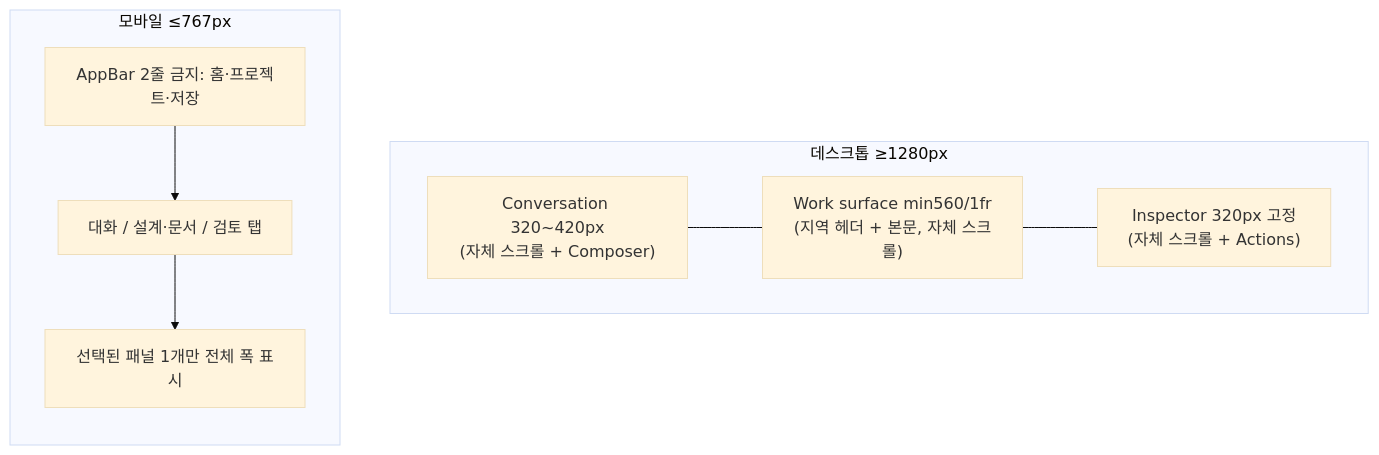
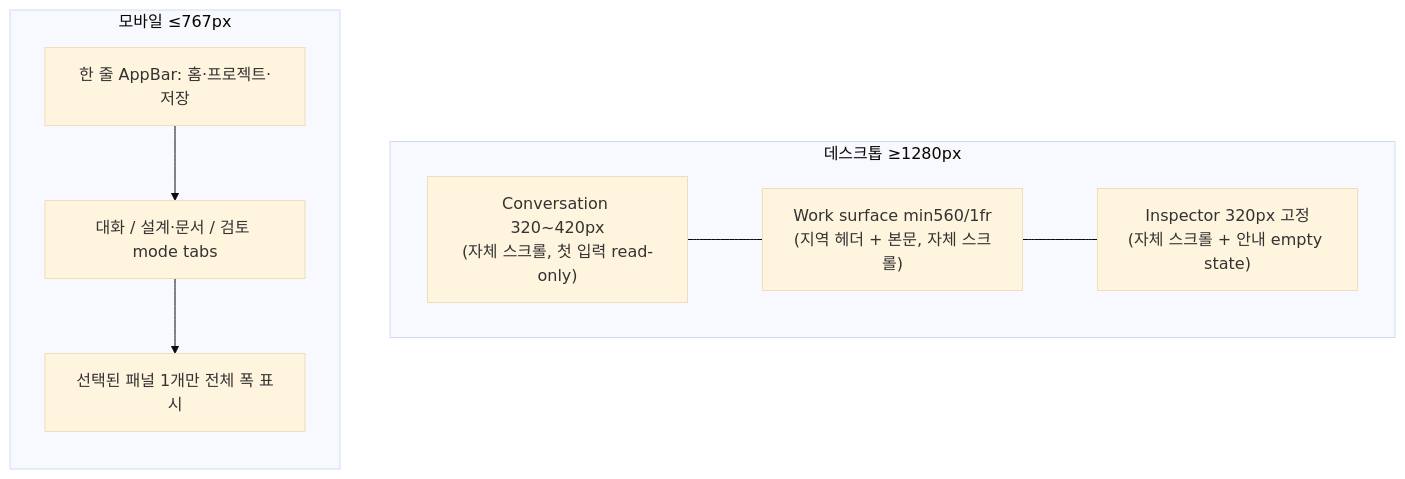
Before and after one commit to donghyunlee-dev/ai-agent-blueprint: the second of 2 diagrams in docs/tasks/PRJ-PR-03/plan.md, drawn with Mermaid (base theme). The commit also changed other lines of this file and 12 other files, not shown here.

````diff
--- a/docs/tasks/PRJ-PR-03/plan.md
+++ b/docs/tasks/PRJ-PR-03/plan.md
@@ -77,18 +96,18 @@
 ```mermaid
 graph TD
     subgraph Desktop["데스크톱 ≥1280px"]
         direction LR
-        Conv["Conversation 320~420px\n(자체 스크롤 + Composer)"]
+        Conv["Conversation 320~420px\n(자체 스크롤, 첫 입력 read-only)"]
         Work["Work surface min560/1fr\n(지역 헤더 + 본문, 자체 스크롤)"]
-        Insp["Inspector 320px 고정\n(자체 스크롤 + Actions)"]
+        Insp["Inspector 320px 고정\n(자체 스크롤 + 안내 empty state)"]
         Conv --- Work
         Work --- Insp
     end
     subgraph Mobile["모바일 ≤767px"]
         direction TB
-        AppBar2["AppBar 2줄 금지: 홈·프로젝트·저장"]
-        NavTabs["대화 / 설계·문서 / 검토 탭"]
+        AppBar2["한 줄 AppBar: 홈·프로젝트·저장"]
+        NavTabs["대화 / 설계·문서 / 검토 mode tabs"]
         Panel["선택된 패널 1개만 전체 폭 표시"]
         AppBar2 --> NavTabs --> Panel
     end
 ```
````
